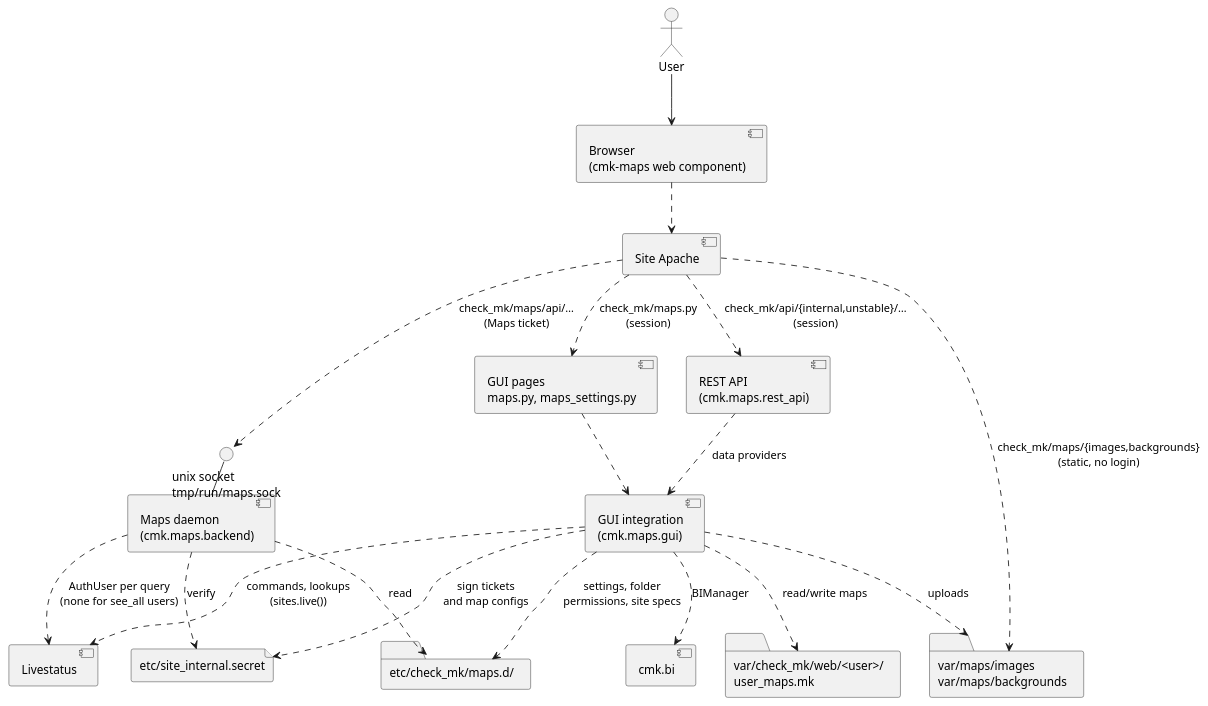
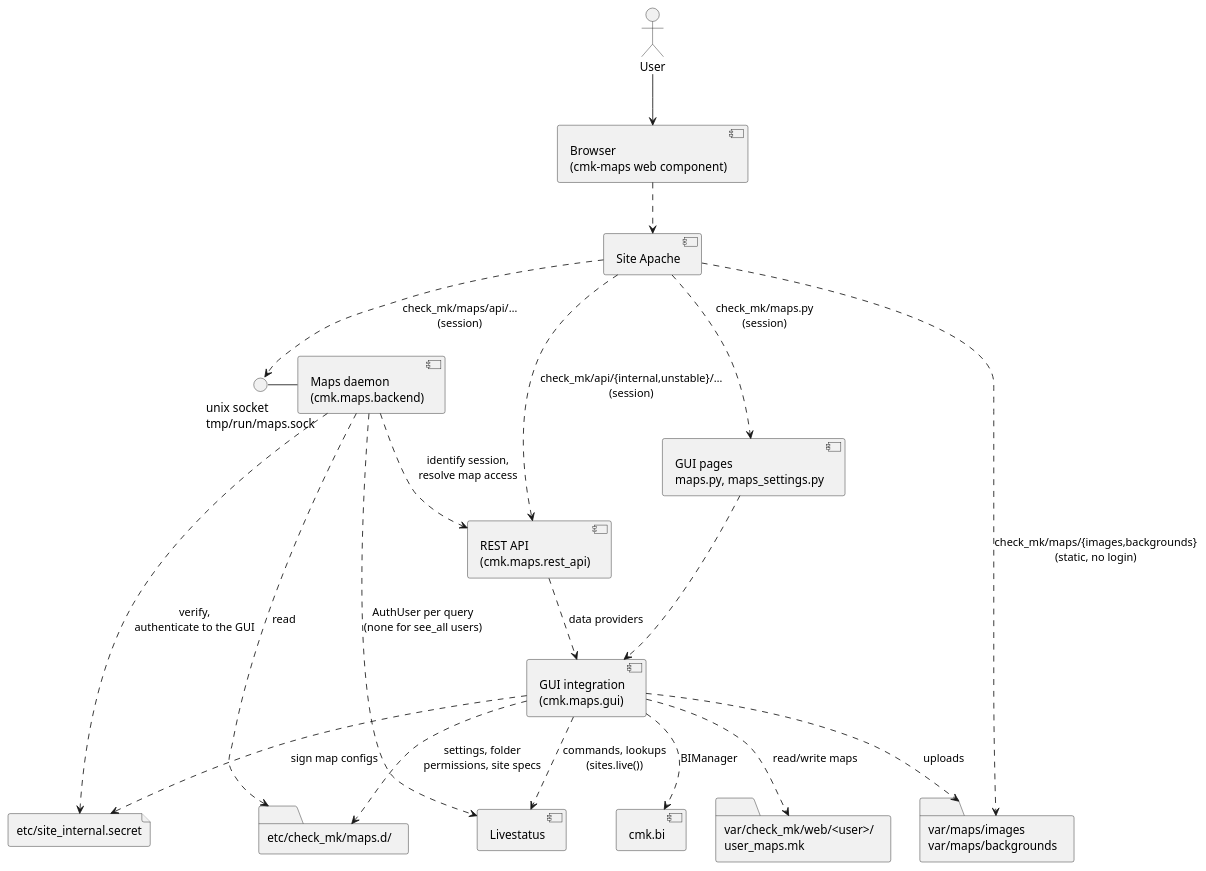
Before and after one commit to Checkmk/checkmk: the first of 2 diagrams in doc/documentation/arch-comp-maps.rst, drawn with PlantUML. The commit also changed other lines of this file and 87 other files, not shown here.

```diff
--- a/doc/documentation/arch-comp-maps.rst
+++ b/doc/documentation/arch-comp-maps.rst
@@ -121,35 +117,36 @@
 .. uml::
 
     actor "User" as user
     [Browser\n(cmk-maps web component)] as spa
     [Site Apache] as apache
     [GUI pages\nmaps.py, maps_settings.py] as pages
     [REST API\n(cmk.maps.rest_api)] as rest
     [GUI integration\n(cmk.maps.gui)] as gui
     [Maps daemon\n(cmk.maps.backend)] as daemon
     () "unix socket\ntmp/run/maps.sock" as sock
     [Livestatus] as livestatus
     [cmk.bi] as bi
     folder "var/check_mk/web/<user>/\nuser_maps.mk" as mapstore
     folder "var/maps/images\nvar/maps/backgrounds" as files
     folder "etc/check_mk/maps.d/" as mapsd
     file "etc/site_internal.secret" as secret
 
     user --> spa
     spa ..> apache
     apache ..> pages : check_mk/maps.py\n(session)
     apache ..> rest : check_mk/api/{internal,unstable}/…\n(session)
-    apache ..> sock : check_mk/maps/api/…\n(Maps ticket)
+    apache ..> sock : check_mk/maps/api/…\n(session)
     apache ..> files : check_mk/maps/{images,backgrounds}\n(static, no login)
     pages ..> gui
     rest ..> gui : data providers
     sock - daemon
     gui ..> mapstore : read/write maps
     gui ..> files : uploads
     gui ..> mapsd : settings, folder\npermissions, site specs
-    gui ..> secret : sign tickets\nand map configs
+    gui ..> secret : sign map configs
     gui ..> livestatus : commands, lookups\n(sites.live())
     gui ..> bi : BIManager
-    daemon ..> secret : verify
+    daemon ..> secret : verify,\nauthenticate to the GUI
+    daemon ..> rest : identify session,\nresolve map access
     daemon ..> mapsd : read
     daemon ..> livestatus : AuthUser per query\n(none for see_all users)
```
